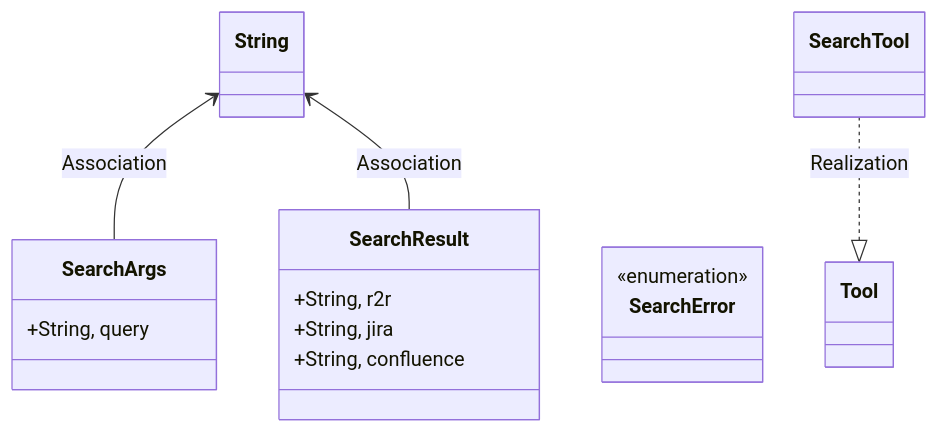
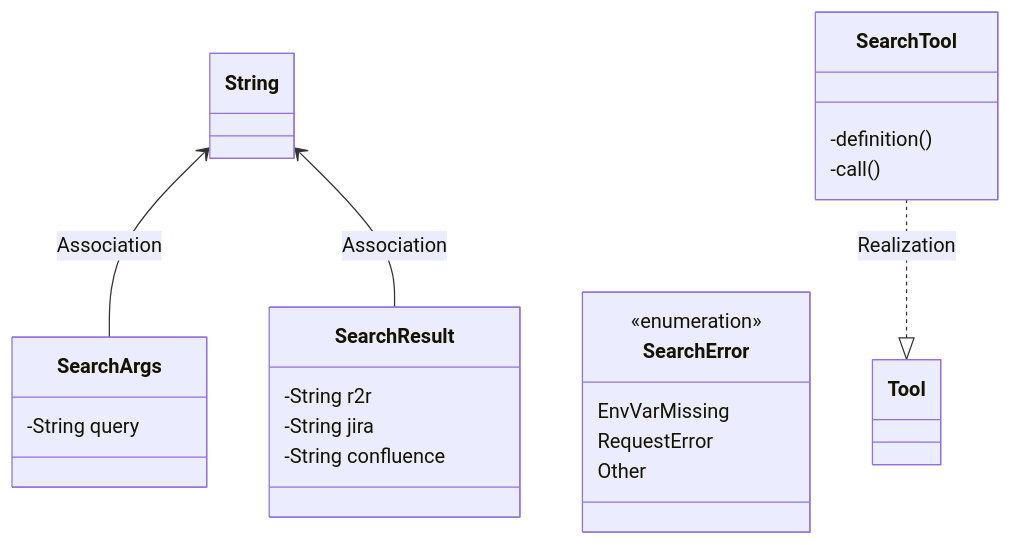
Before and after one commit to lgcorzo/fastapi-autogen-team: the first of 2 diagrams in openwiki/modules/src/infrastructure/tools/search.md, drawn with Mermaid. The commit also changed other lines of this file and 33 other files, not shown here.

Commit message:
Fix PlantUML syntax, missing diagrams, and link formatting in doc generator

````diff
--- a/openwiki/modules/src/infrastructure/tools/search.md
+++ b/openwiki/modules/src/infrastructure/tools/search.md
@@ -32,18 +32,25 @@
 ```mermaid
 classDiagram
     direction BT
     class SearchArgs {
-        +String, query
+        -String query
     }
     class SearchResult {
-        +String, r2r
-        +String, jira
-        +String, confluence
+        -String r2r
+        -String jira
+        -String confluence
     }
     class SearchError {
         <<enumeration>>
+        EnvVarMissing
+        RequestError
+        Other
+    }
+    class SearchTool {
+        -definition()
+        -call()
     }
     SearchArgs --> String : Association
     SearchResult --> String : Association
     Tool <|.. SearchTool : Realization
 ```
````
